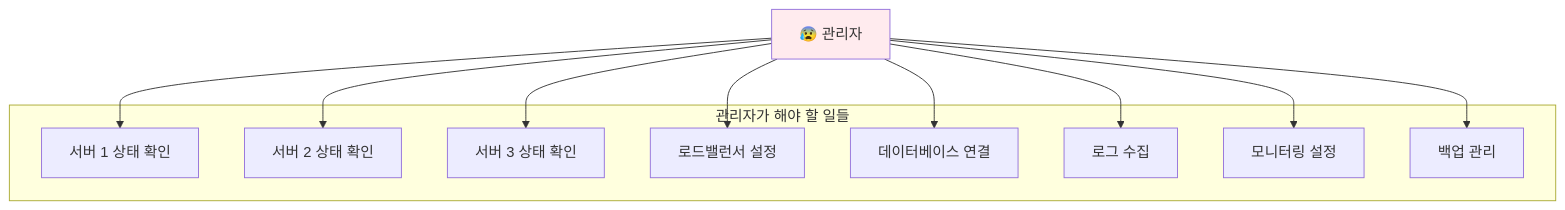
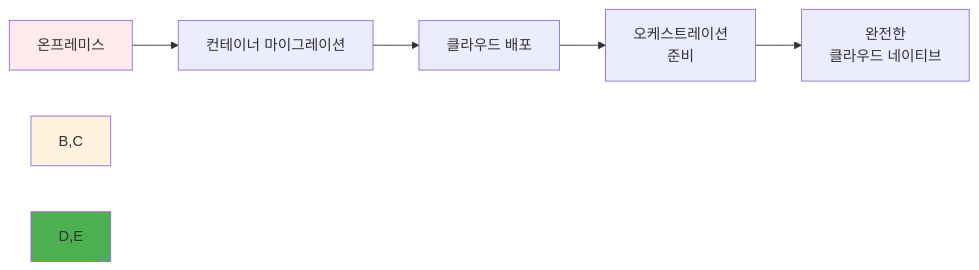
One commit to niceguy61/kdt_devops_lecture_2025 changed the fifth of 5 diagrams in theory/week_02/day4/session_1.md. Above: the diagram before and after it, drawn with Mermaid. The commit also changed other lines of this file and 27 other files, not shown here.

````diff
--- a/theory/week_02/day4/session_1.md
+++ b/theory/week_02/day4/session_1.md
@@ -111,24 +144,11 @@
 ```mermaid
-graph TB
-    subgraph "관리자가 해야 할 일들"
-        A[서버 1 상태 확인]
-        B[서버 2 상태 확인]
-        C[서버 3 상태 확인]
-        D[로드밸런서 설정]
-        E[데이터베이스 연결]
-        F[로그 수집]
-        G[모니터링 설정]
-        H[백업 관리]
-    end
+graph LR
+    A[온프레미스] --> B[컨테이너 마이그레이션]
+    B --> C[클라우드 배포]
+    C --> D[오케스트레이션<br/>준비]
+    D --> E[완전한<br/>클라우드 네이티브]
     
-    I[😰 관리자] --> A
-    I --> B
-    I --> C
-    I --> D
-    I --> E
-    I --> F
-    I --> G
-    I --> H
-    
-    style I fill:#ffebee
+    style A fill:#ffebee
+    style B,C fill:#fff3e0
+    style D,E fill:#4caf50
 ```
````
